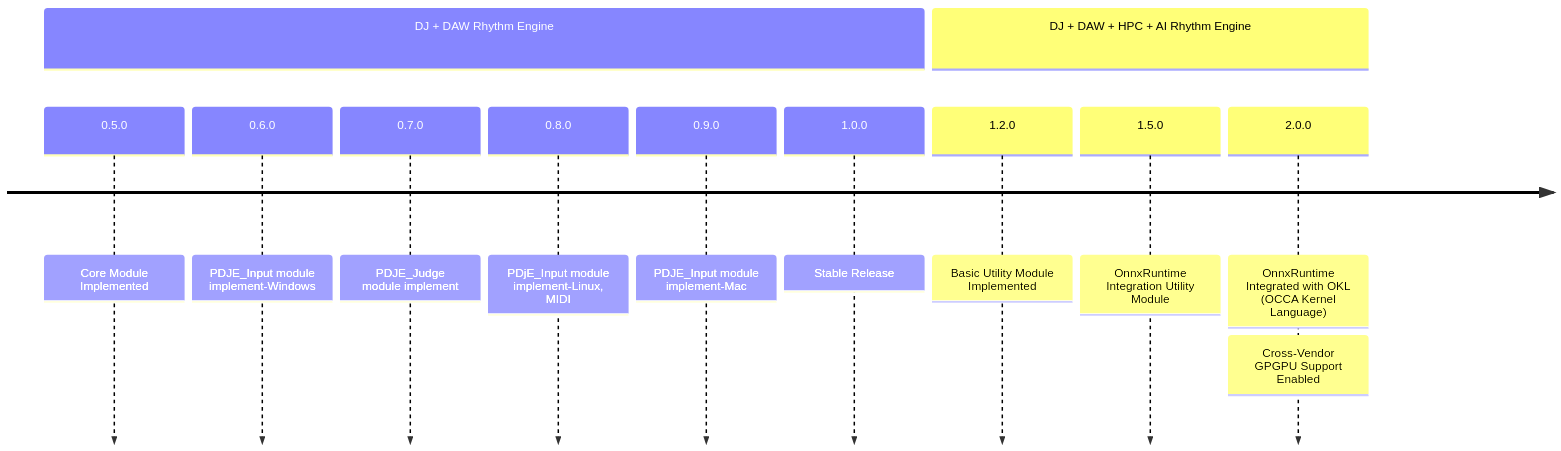
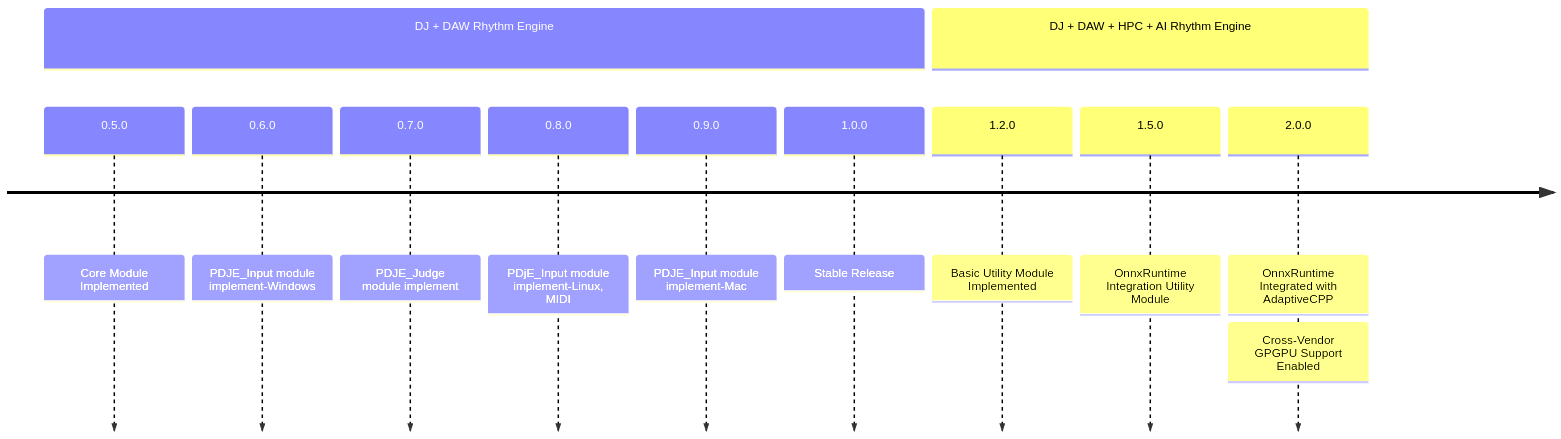
One commit to Rliop913/Project-DJ-Engine changed the diagram in document_sources/index.rst. Above: the diagram before and after it, drawn with Mermaid. The commit also changed other lines of this file and 2 other files, not shown here.

```diff
--- a/document_sources/index.rst
+++ b/document_sources/index.rst
@@ -106,16 +106,16 @@
 .. mermaid::
   :config: {"theme":"forest","themeVariables":{"fontSize":"25px"}}
 
   timeline
     section DJ + DAW Rhythm Engine
       0.5.0 : Core Module Implemented
       0.6.0 : PDJE_Input module implement-Windows
       0.7.0 : PDJE_Judge module implement
       0.8.0 : PDjE_Input module implement-Linux, MIDI
       0.9.0 : PDJE_Input module implement-Mac
       1.0.0 : Stable Release
     section DJ + DAW + HPC + AI Rhythm Engine
       1.2.0 : Basic Utility Module Implemented
       1.5.0 : OnnxRuntime Integration Utility Module
-      2.0.0 : OnnxRuntime Integrated with OKL (OCCA Kernel Language)
+      2.0.0 : OnnxRuntime Integrated with AdaptiveCPP
             : Cross-Vendor GPGPU Support Enabled
```
